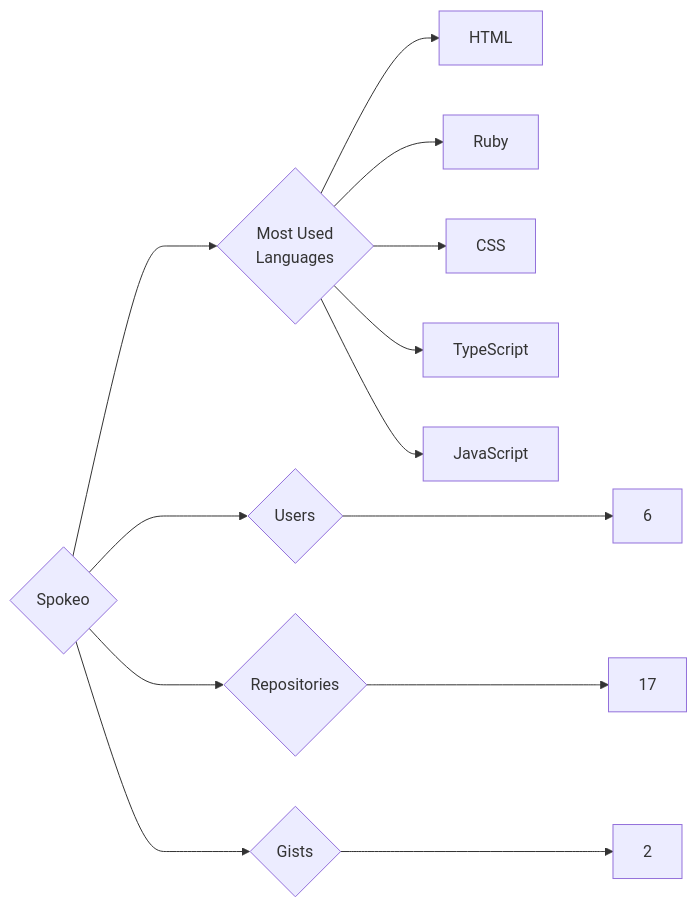
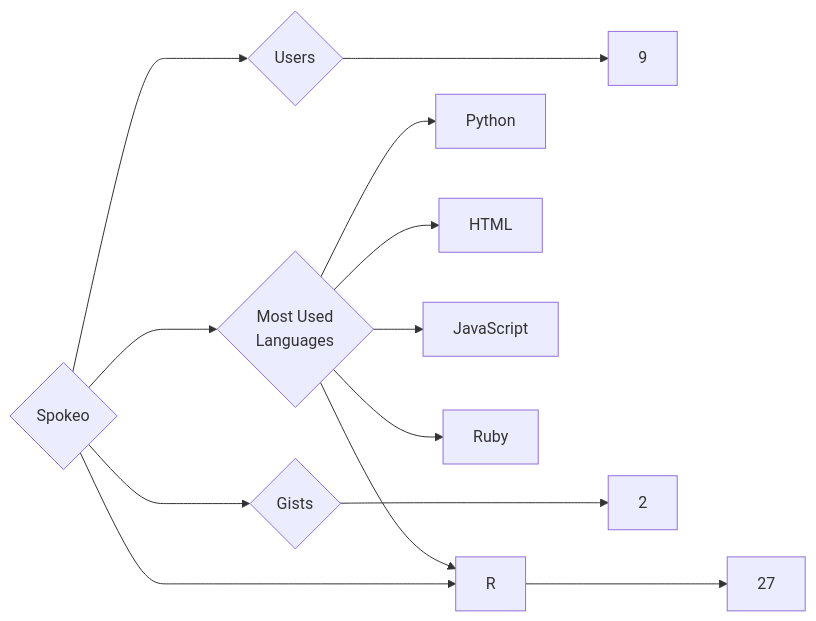
One commit to trickest/insiders changed the diagram in targets/Spokeo/README.md. Above: the diagram before and after it, drawn with Mermaid. The commit also changed 973 other files, not shown here.

````diff
--- a/targets/Spokeo/README.md
+++ b/targets/Spokeo/README.md
@@ -3,13 +3,13 @@
 ```mermaid
 graph LR
 COMPANY_NAME{Spokeo}
-COMPANY_NAME ---> U{Users} ---> UN[6]
-COMPANY_NAME ---> R{Repositories} ---> RN[17]
+COMPANY_NAME ---> U{Users} ---> UN[9]
+COMPANY_NAME ---> R{Repositories} ---> RN[27]
 COMPANY_NAME ---> G{Gists} ---> GN[2]
 COMPANY_NAME ---> ML{Most Used<br>Languages}
+ML --> Python[Python]
 ML --> HTML[HTML]
+ML --> JavaScript[JavaScript]
 ML --> Ruby[Ruby]
-ML --> CSS[CSS]
-ML --> TypeScript[TypeScript]
-ML --> JavaScript[JavaScript]
+ML --> R[R]
 ```
````
